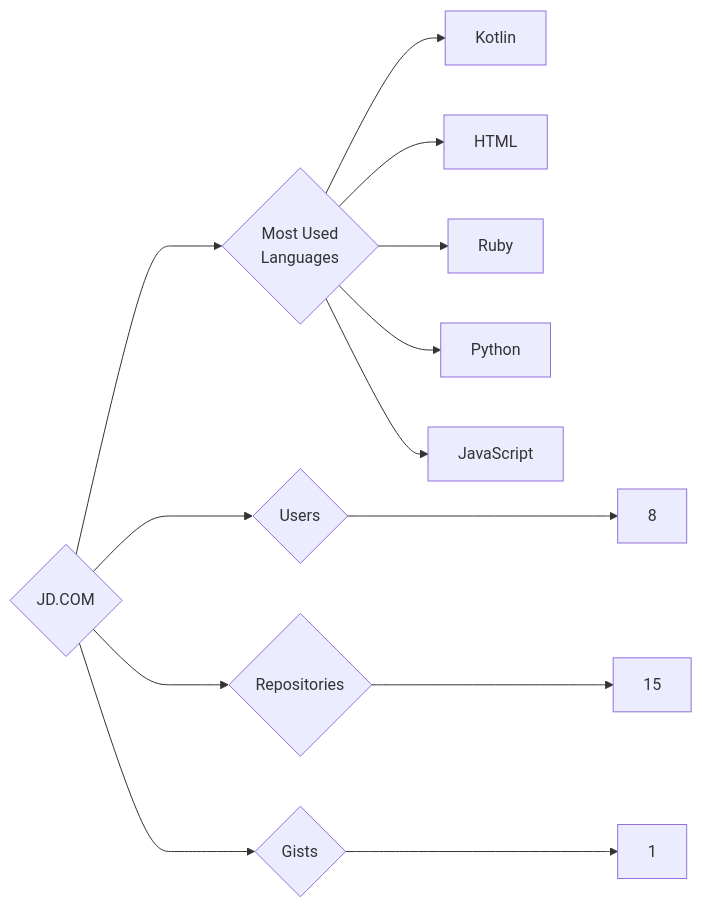
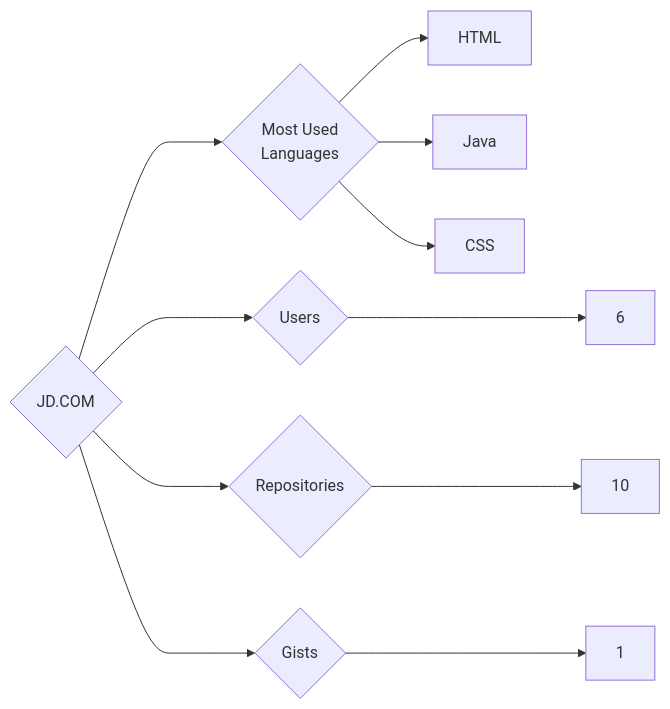
The diagram in targets/JD.COM/README.md (trickest/insiders), drawn with Mermaid before and after one commit. The commit also changed 786 other files, not shown here.

````diff
--- a/targets/JD.COM/README.md
+++ b/targets/JD.COM/README.md
@@ -3,13 +3,11 @@
 ```mermaid
 graph LR
 COMPANY_NAME{JD.COM}
-COMPANY_NAME ---> U{Users} ---> UN[8]
-COMPANY_NAME ---> R{Repositories} ---> RN[15]
+COMPANY_NAME ---> U{Users} ---> UN[6]
+COMPANY_NAME ---> R{Repositories} ---> RN[10]
 COMPANY_NAME ---> G{Gists} ---> GN[1]
 COMPANY_NAME ---> ML{Most Used<br>Languages}
-ML --> Kotlin[Kotlin]
 ML --> HTML[HTML]
-ML --> Ruby[Ruby]
-ML --> Python[Python]
-ML --> JavaScript[JavaScript]
+ML --> Java[Java]
+ML --> CSS[CSS]
 ```
````
